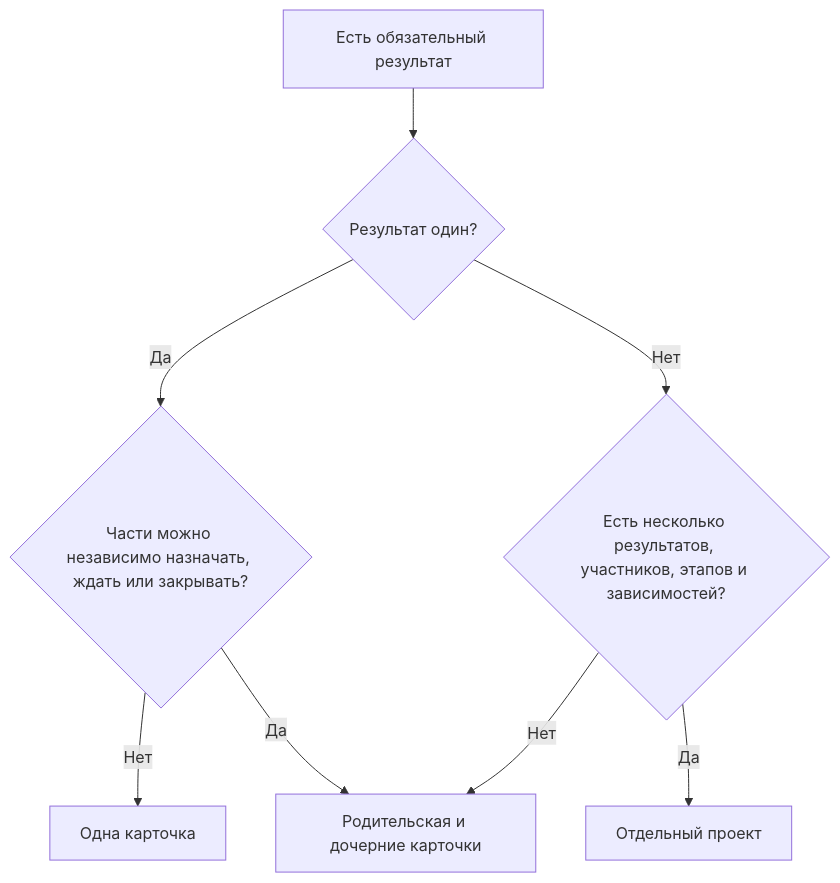
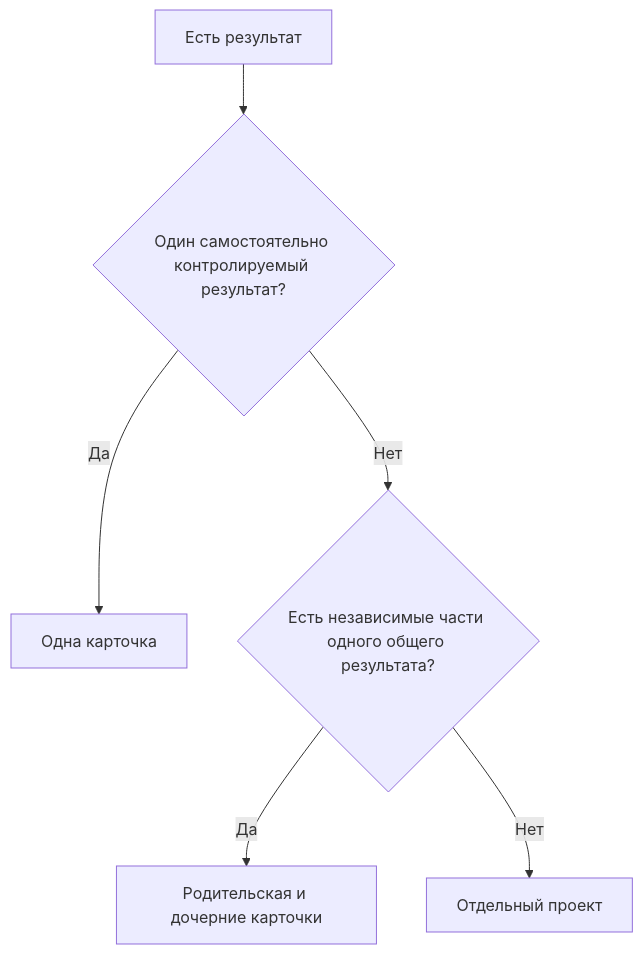
Before and after one commit to lazuale/department: the third of 3 diagrams in docs/01-methodology.md, drawn with Mermaid. The commit also changed other lines of this file, not shown here.

````diff
--- a/docs/01-methodology.md
+++ b/docs/01-methodology.md
@@ -370,10 +208,8 @@
 ```mermaid
 flowchart TD
-    A[Есть обязательный результат] --> B{Результат один?}
-    B -- Да --> C{Части можно независимо назначать, ждать или закрывать?}
-    C -- Нет --> D[Одна карточка]
-    C -- Да --> E[Родительская и дочерние карточки]
-    B -- Нет --> F{Есть несколько результатов, участников, этапов и зависимостей?}
-    F -- Нет --> E
-    F -- Да --> G[Отдельный проект]
+    A[Есть результат] --> B{Один самостоятельно контролируемый результат?}
+    B -- Да --> C[Одна карточка]
+    B -- Нет --> D{Есть независимые части одного общего результата?}
+    D -- Да --> E[Родительская и дочерние карточки]
+    D -- Нет --> F[Отдельный проект]
 ```
````
